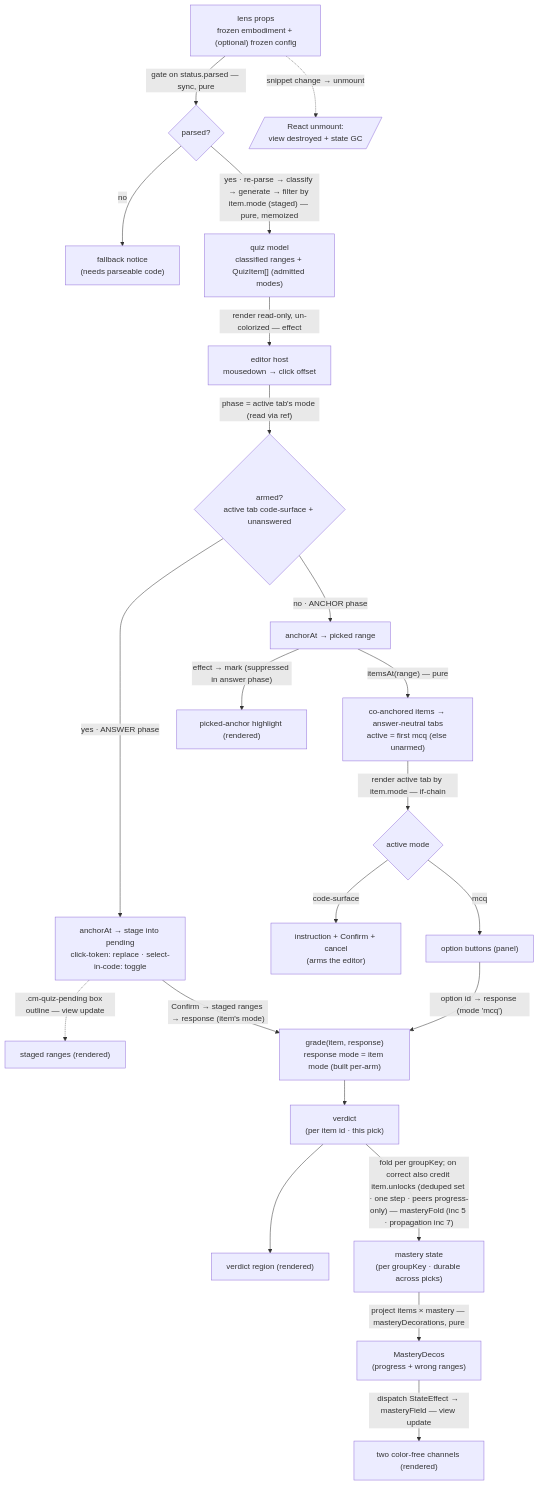
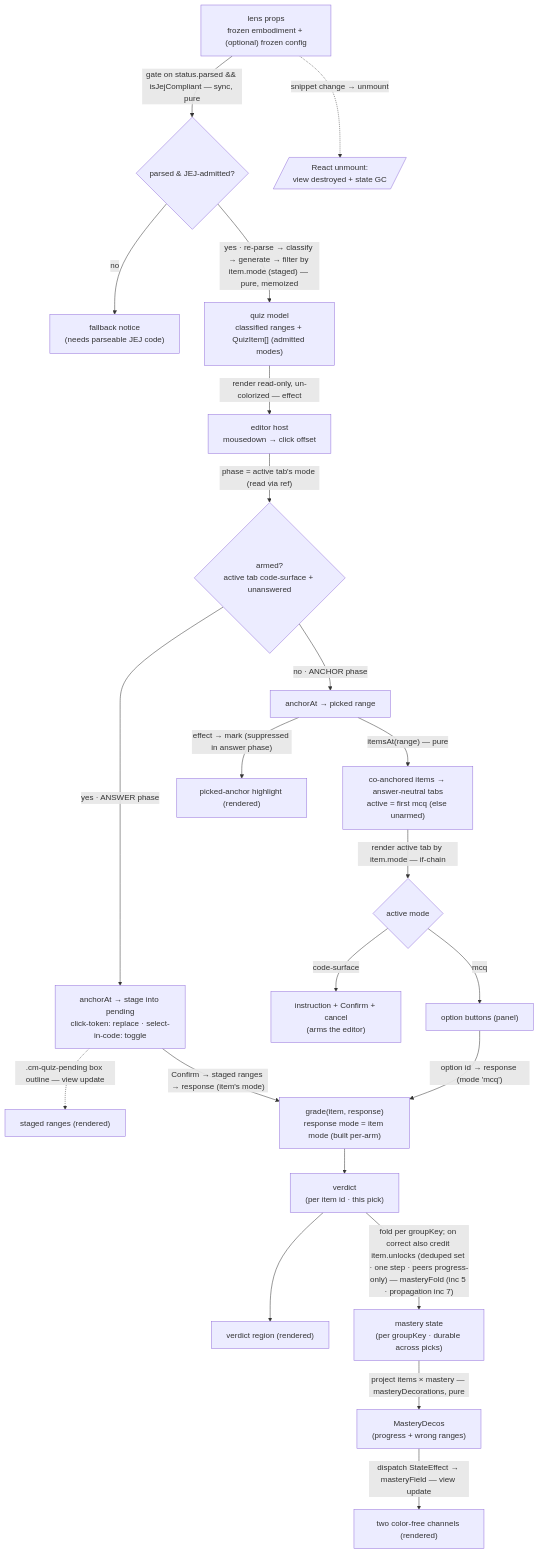
Before and after one commit to codeschoolinabox/curricula: the second of 2 diagrams in src/lib/study-lenses/lenses/quiz/DOCS.md, drawn with Mermaid. The commit also changed other lines of this file and 7 other files, not shown here.

First line of the commit message:
add: gate quiz lens on JEJ compliance

````diff
--- a/src/lib/study-lenses/lenses/quiz/DOCS.md
+++ b/src/lib/study-lenses/lenses/quiz/DOCS.md
@@ -182,31 +185,31 @@
 ```mermaid
 flowchart TD
     Props["lens props<br/>frozen embodiment + (optional) frozen config"]
-    Props -->|"gate on status.parsed — sync, pure"| Gate{"parsed?"}
-    Gate -->|"no"| Fallback["fallback notice<br/>(needs parseable code)"]
+    Props -->|"gate on status.parsed && isJejCompliant — sync, pure"| Gate{"parsed & JEJ-admitted?"}
+    Gate -->|"no"| Fallback["fallback notice<br/>(needs parseable JEJ code)"]
     Gate -->|"yes · re-parse → classify → generate → filter by item.mode (staged) — pure, memoized"| Model["quiz model<br/>classified ranges + QuizItem[] (admitted modes)"]
 
     Model -->|"render read-only, un-colorized — effect"| Editor["editor host<br/>mousedown → click offset"]
     Editor -->|"phase = active tab's mode (read via ref)"| Phase{"armed?<br/>active tab code-surface + unanswered"}
 
     Phase -->|"no · ANCHOR phase"| Pick["anchorAt → picked range"]
     Pick -->|"itemsAt(range) — pure"| Tabs["co-anchored items → answer-neutral tabs<br/>active = first mcq (else unarmed)"]
     Pick -->|"effect → mark (suppressed in answer phase)"| Highlight["picked-anchor highlight (rendered)"]
     Tabs -->|"render active tab by item.mode — if-chain"| Body{"active mode"}
     Body -->|"mcq"| Mcq["option buttons (panel)"]
     Body -->|"code-surface"| Code["instruction + Confirm + cancel<br/>(arms the editor)"]
 
     Phase -->|"yes · ANSWER phase"| Stage["anchorAt → stage into pending<br/>click-token: replace · select-in-code: toggle"]
     Stage -.->|".cm-quiz-pending box outline — view update"| PendingDOM["staged ranges (rendered)"]
 
     Mcq -->|"option id → response (mode 'mcq')"| Grade["grade(item, response)<br/>response mode = item mode (built per-arm)"]
     Stage -->|"Confirm → staged ranges → response (item's mode)"| Grade
     Grade --> Verdict["verdict<br/>(per item id · this pick)"]
     Verdict --> VerdictDOM["verdict region (rendered)"]
 
     Verdict -->|"fold per groupKey; on correct also credit item.unlocks (deduped set · one step · peers progress-only) — masteryFold (inc 5 · propagation inc 7)"| Mastery["mastery state<br/>(per groupKey · durable across picks)"]
     Mastery -->|"project items × mastery — masteryDecorations, pure"| Decos["MasteryDecos<br/>(progress + wrong ranges)"]
     Decos -->|"dispatch StateEffect → masteryField — view update"| MasteryDOM["two color-free channels (rendered)"]
 
     Props -.->|"snippet change → unmount"| Unmount[/"React unmount:<br/>view destroyed + state GC"/]
 ```
````
